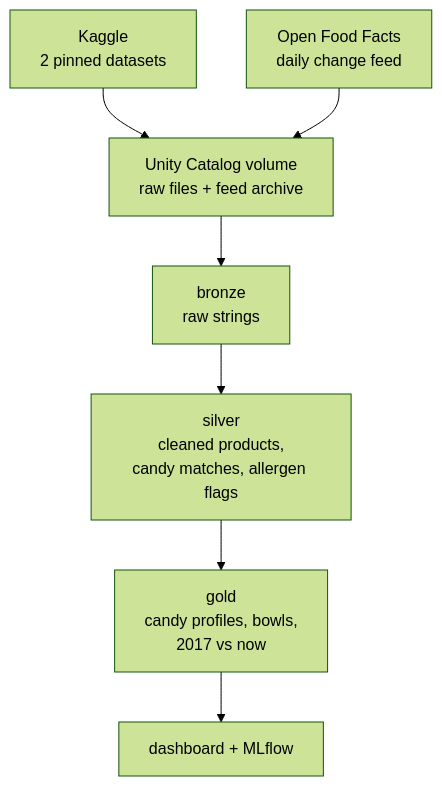
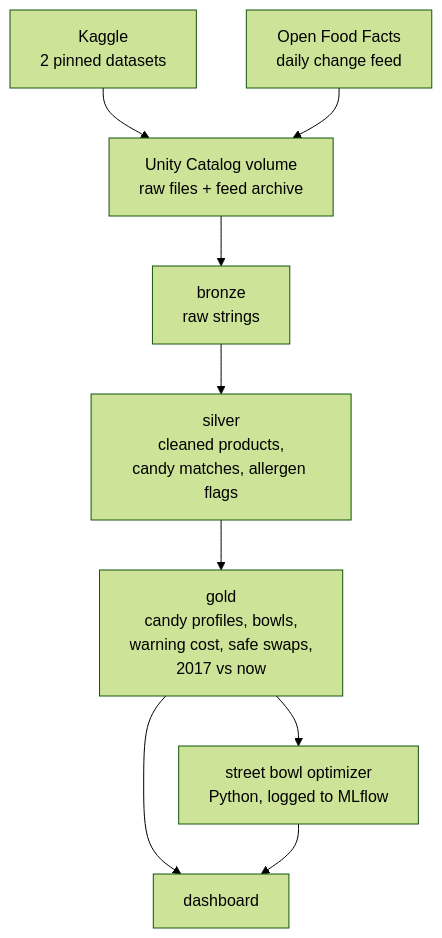
Before and after one commit to kidskoding/portfolio: the diagram in src/content/blog/halloween-candy-food-allergies/index.mdx, drawn with Mermaid (forest theme). The commit also changed other lines of this file, not shown here.

Commit message:
fix(blog): show the analysis step in the pipeline section

````diff
--- a/src/content/blog/halloween-candy-food-allergies/index.mdx
+++ b/src/content/blog/halloween-candy-food-allergies/index.mdx
@@ -72,9 +72,11 @@
 ```mermaid
 flowchart TD
   K["Kaggle<br/>2 pinned datasets"] --> V["Unity Catalog volume<br/>raw files + feed archive"]
   F["Open Food Facts<br/>daily change feed"] --> V
   V --> B["bronze<br/>raw strings"]
   B --> S["silver<br/>cleaned products,<br/>candy matches, allergen flags"]
-  S --> G["gold<br/>candy profiles, bowls,<br/>2017 vs now"]
-  G --> D["dashboard + MLflow"]
+  S --> G["gold<br/>candy profiles, bowls,<br/>warning cost, safe swaps,<br/>2017 vs now"]
+  G --> O["street bowl optimizer<br/>Python, logged to MLflow"]
+  G --> D["dashboard"]
+  O --> D
 ```
````
